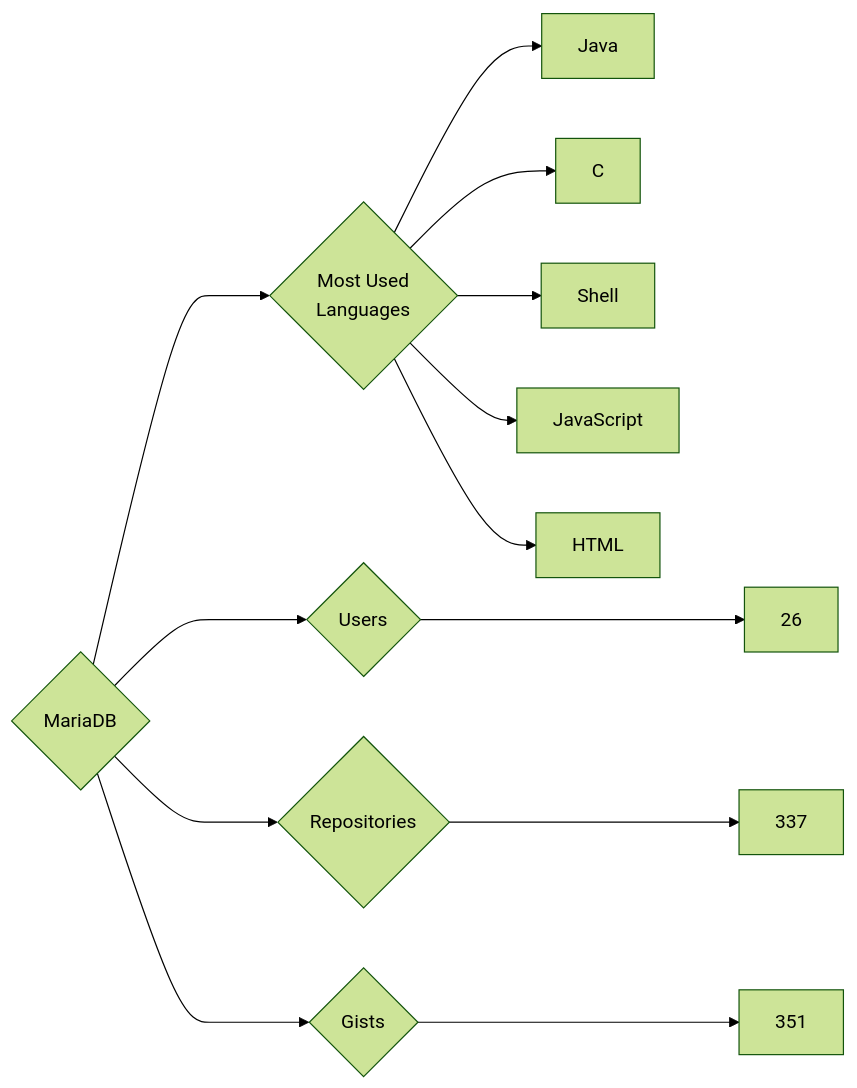
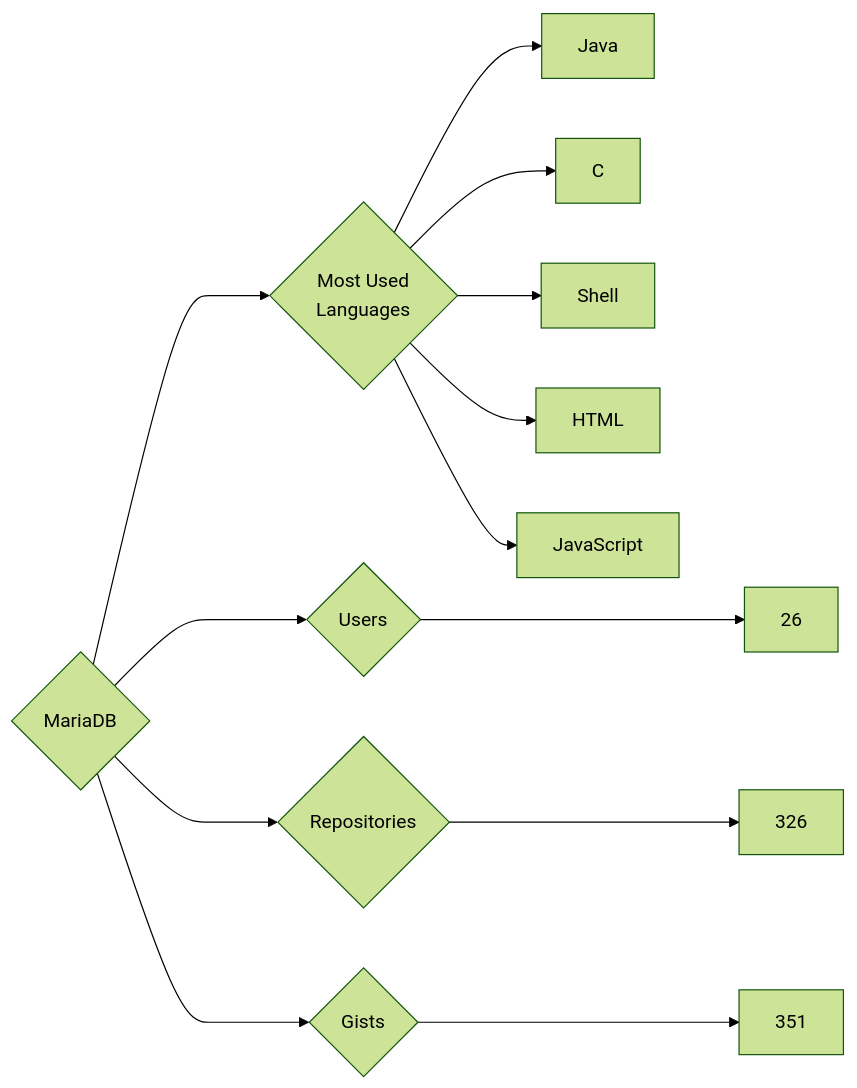
Before and after one commit to trickest/insiders: the diagram in targets/MariaDB/README.md, drawn with Mermaid (forest theme). The commit also changed 895 other files, not shown here.

````diff
--- a/targets/MariaDB/README.md
+++ b/targets/MariaDB/README.md
@@ -3,13 +3,13 @@
 ```mermaid
 graph LR
 COMPANY_NAME{MariaDB}
 COMPANY_NAME ---> U{Users} ---> UN[26]
-COMPANY_NAME ---> R{Repositories} ---> RN[337]
+COMPANY_NAME ---> R{Repositories} ---> RN[326]
 COMPANY_NAME ---> G{Gists} ---> GN[351]
 COMPANY_NAME ---> ML{Most Used<br>Languages}
 ML --> Java[Java]
 ML --> C[C]
 ML --> Shell[Shell]
+ML --> HTML[HTML]
 ML --> JavaScript[JavaScript]
-ML --> HTML[HTML]
 ```
````
